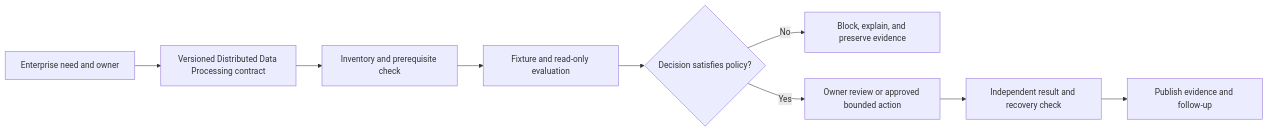
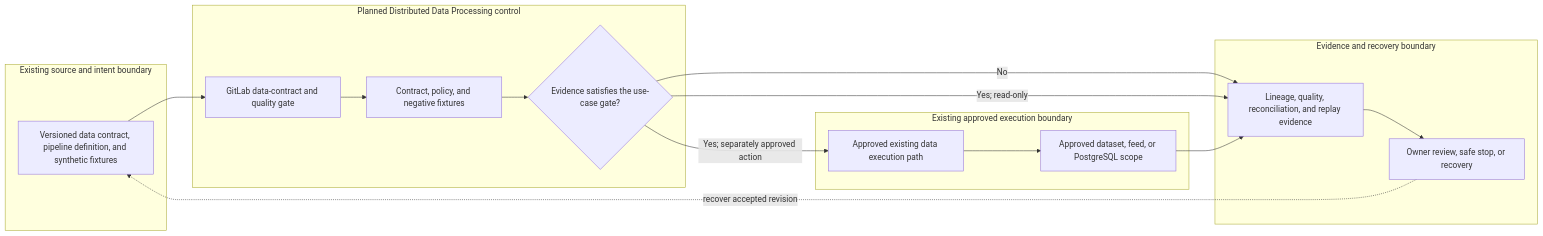
One commit to MIDHTECH/enterprise-architecture-docs changed the diagram in docs/use-cases/data/UC-DATA-010-distributed-data-processing.md. Above: the diagram before and after it, drawn with Mermaid. The commit also changed other lines of this file and 227 other files, not shown here.

Commit message:
Deepen architecture for all use case designs

````diff
--- a/docs/use-cases/data/UC-DATA-010-distributed-data-processing.md
+++ b/docs/use-cases/data/UC-DATA-010-distributed-data-processing.md
@@ -136,11 +129,25 @@
 ```mermaid
 flowchart LR
-    Need["Enterprise need and owner"] --> Contract["Versioned Distributed Data Processing contract"]
-    Contract --> Preflight["Inventory and prerequisite check"]
-    Preflight --> Evaluate["Fixture and read-only evaluation"]
-    Evaluate --> Decision{"Decision satisfies policy?"}
-    Decision -->|No| Stop["Block, explain, and preserve evidence"]
-    Decision -->|Yes| Review["Owner review or approved bounded action"]
-    Review --> Verify["Independent result and recovery check"]
-    Verify --> Publish["Publish evidence and follow-up"]
+    subgraph Source["Existing source and intent boundary"]
+        A["Versioned data contract, pipeline definition, and synthetic fixtures"]
+    end
+    subgraph Planned["Planned Distributed Data Processing control"]
+        B["GitLab data-contract and quality gate"]
+        C["Contract, policy, and negative fixtures"]
+        D{"Evidence satisfies the use-case gate?"}
+    end
+    subgraph Runtime["Existing approved execution boundary"]
+        E["Approved existing data execution path"]
+        F["Approved dataset, feed, or PostgreSQL scope"]
+    end
+    subgraph Assurance["Evidence and recovery boundary"]
+        G["Lineage, quality, reconciliation, and replay evidence"]
+        H["Owner review, safe stop, or recovery"]
+    end
+
+    A --> B --> C --> D
+    D -->|No| G --> H
+    D -->|Yes; read-only| G
+    D -->|Yes; separately approved action| E --> F --> G
+    H -. recover accepted revision .-> A
 ```
````
